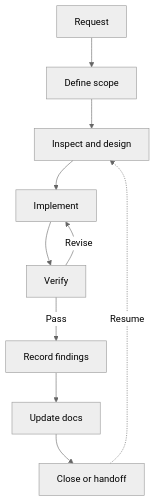
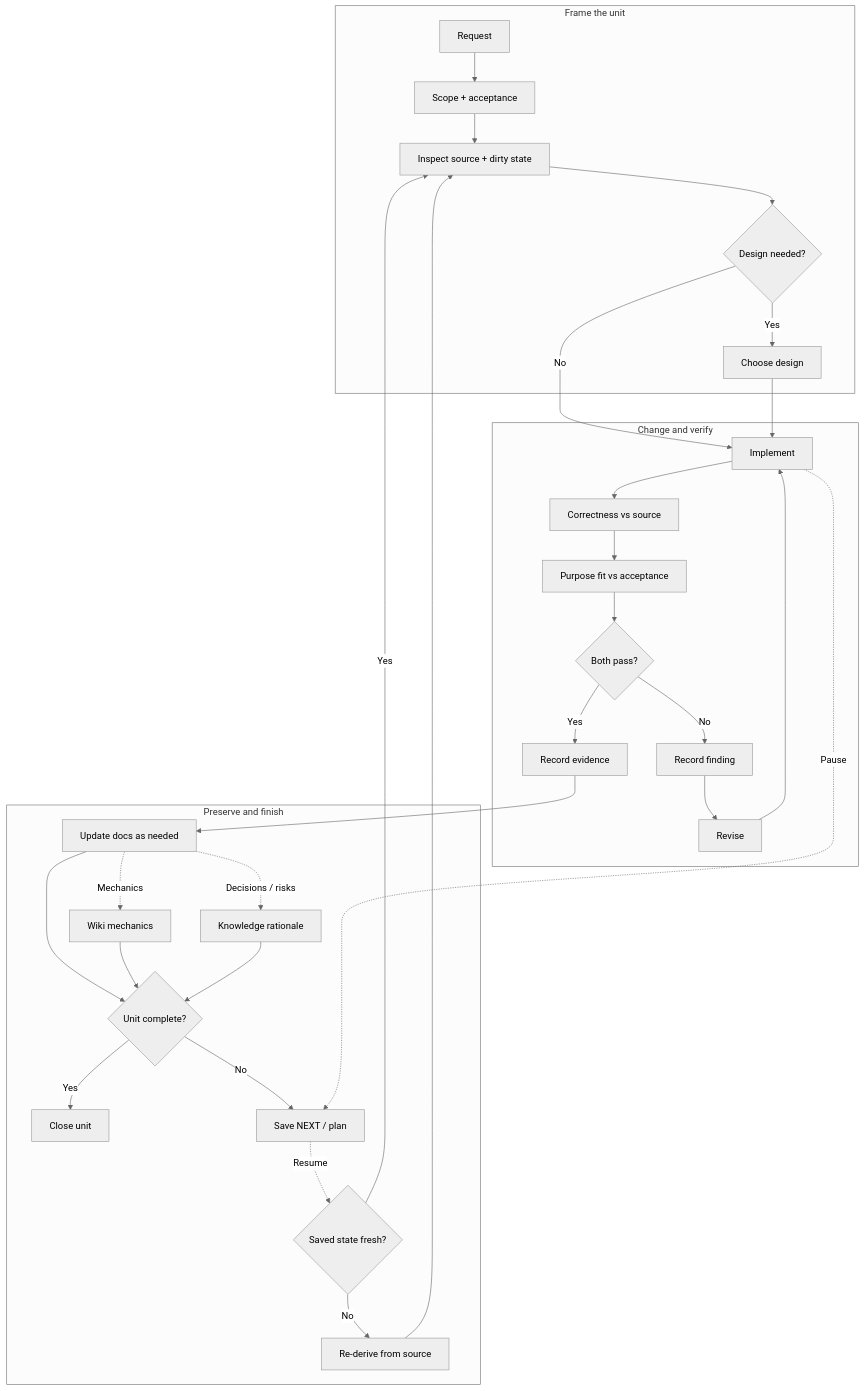
One commit to ARCLIGHTSTRVL/harness_codex changed the diagram in README.md. Above: the diagram before and after it, drawn with Mermaid (neutral theme). The commit also changed other lines of this file, not shown here.

Commit message:
docs: expand unit workflow diagram

````diff
--- a/README.md
+++ b/README.md
@@ -98,12 +104,37 @@
 ```mermaid
 flowchart TD
-    R[Request] --> S[Define scope]
-    S --> D[Inspect and design]
-    D --> I[Implement]
-    I --> V[Verify]
-    V -->|Revise| I
-    V -->|Pass| E[Record findings]
-    E --> A[Update docs]
-    A --> H[Close or handoff]
-    H -. Resume .-> D
+    subgraph FRAME["Frame the unit"]
+        R[Request] --> S[Scope + acceptance]
+        S --> B[Inspect source + dirty state]
+        B --> G{Design needed?}
+        G -->|Yes| D[Choose design]
+    end
+
+    subgraph PROVE["Change and verify"]
+        G -->|No| I[Implement]
+        D --> I
+        I --> C[Correctness vs source]
+        C --> P[Purpose fit vs acceptance]
+        P --> V{Both pass?}
+        V -->|No| F[Record finding]
+        F --> X[Revise]
+        X --> I
+        V -->|Yes| E[Record evidence]
+    end
+
+    subgraph FINISH["Preserve and finish"]
+        E --> M[Update docs as needed]
+        M -. Mechanics .-> W[Wiki mechanics]
+        M -. Decisions / risks .-> K[Knowledge rationale]
+        M --> Z{Unit complete?}
+        W --> Z
+        K --> Z
+        Z -->|Yes| Q[Close unit]
+        Z -->|No| H[Save NEXT / plan]
+        I -. Pause .-> H
+        H -. Resume .-> N{Saved state fresh?}
+        N -->|Yes| B
+        N -->|No| Y[Re-derive from source]
+        Y --> B
+    end
 ```
````
